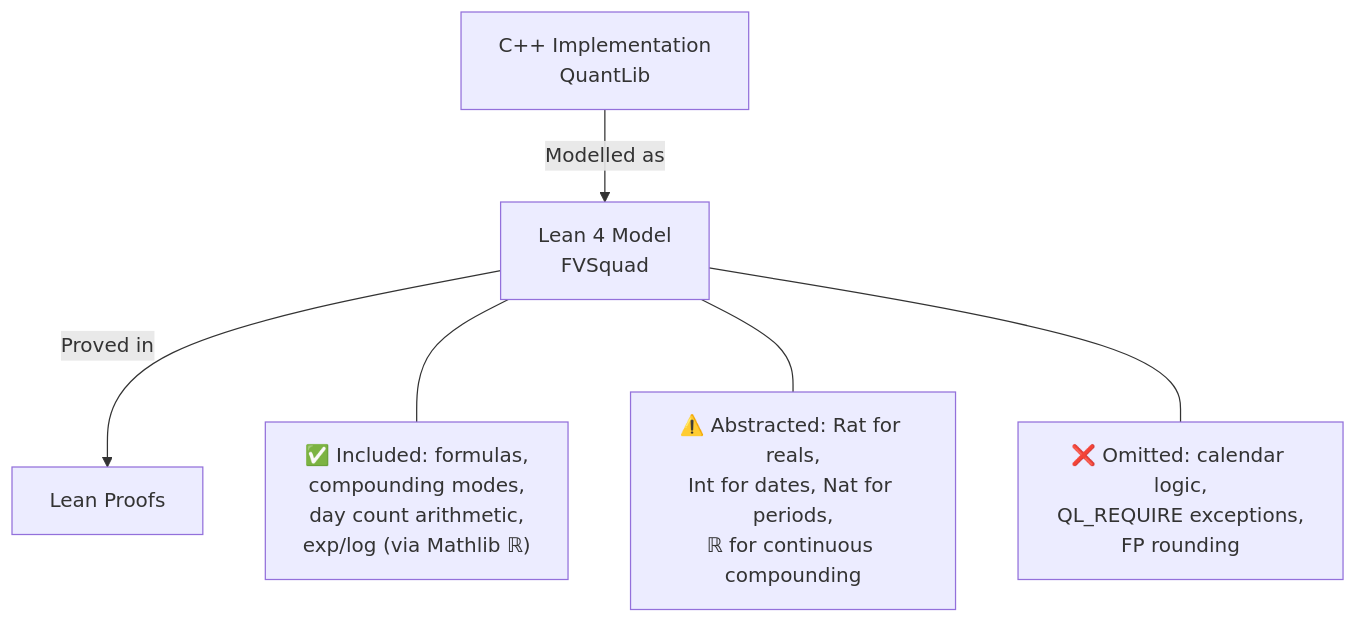
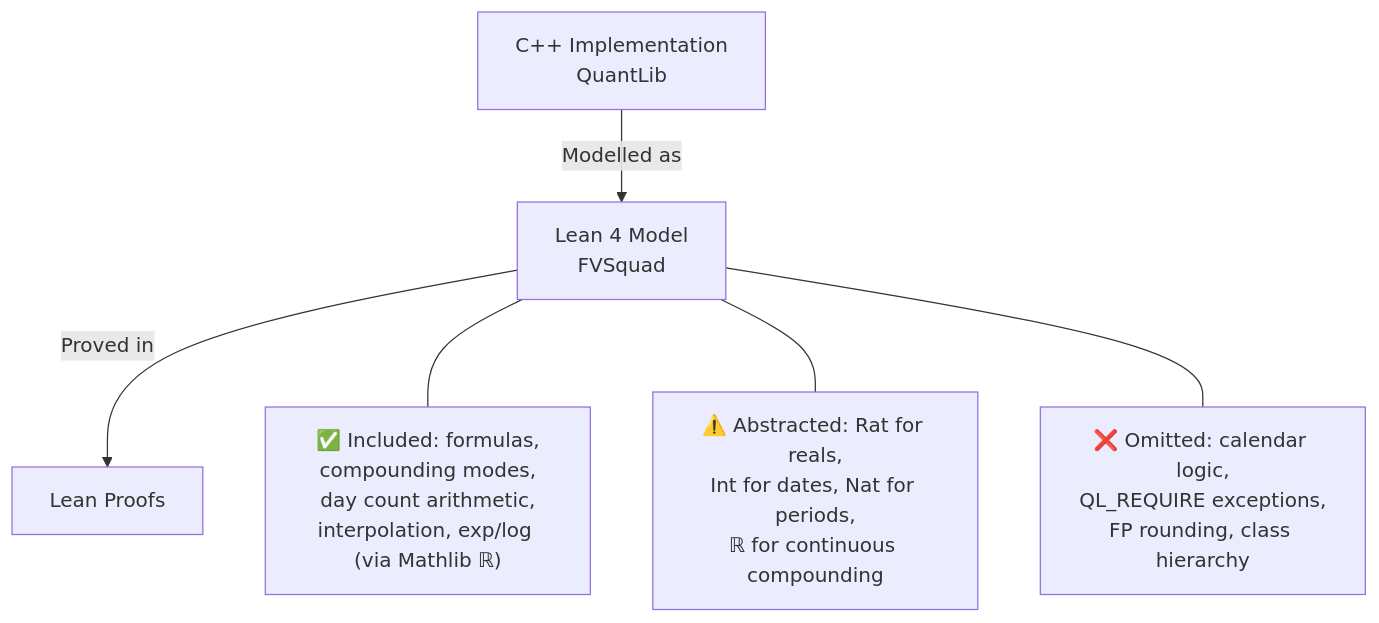
One commit to dsyme/QuantLib changed the seventh of 8 diagrams in formal-verification/REPORT.md. Above: the diagram before and after it, drawn with Mermaid. The commit also changed other lines of this file and 1 other file, not shown here.

````diff
--- a/formal-verification/REPORT.md
+++ b/formal-verification/REPORT.md
@@ -131,14 +178,14 @@
 ```mermaid
 graph TD
     REAL["C++ Implementation<br/>QuantLib"]
     MODEL["Lean 4 Model<br/>FVSquad"]
     PROOF["Lean Proofs"]
     REAL -->|"Modelled as"| MODEL
     MODEL -->|"Proved in"| PROOF
-    NOTE1["✅ Included: formulas,<br/>compounding modes,<br/>day count arithmetic,<br/>exp/log (via Mathlib ℝ)"]
+    NOTE1["✅ Included: formulas,<br/>compounding modes,<br/>day count arithmetic,<br/>interpolation, exp/log (via Mathlib ℝ)"]
     NOTE2["⚠️ Abstracted: Rat for reals,<br/>Int for dates, Nat for periods,<br/>ℝ for continuous compounding"]
-    NOTE3["❌ Omitted: calendar logic,<br/>QL_REQUIRE exceptions,<br/>FP rounding"]
+    NOTE3["❌ Omitted: calendar logic,<br/>QL_REQUIRE exceptions,<br/>FP rounding, class hierarchy"]
     MODEL --- NOTE1
     MODEL --- NOTE2
     MODEL --- NOTE3
 ```
````
